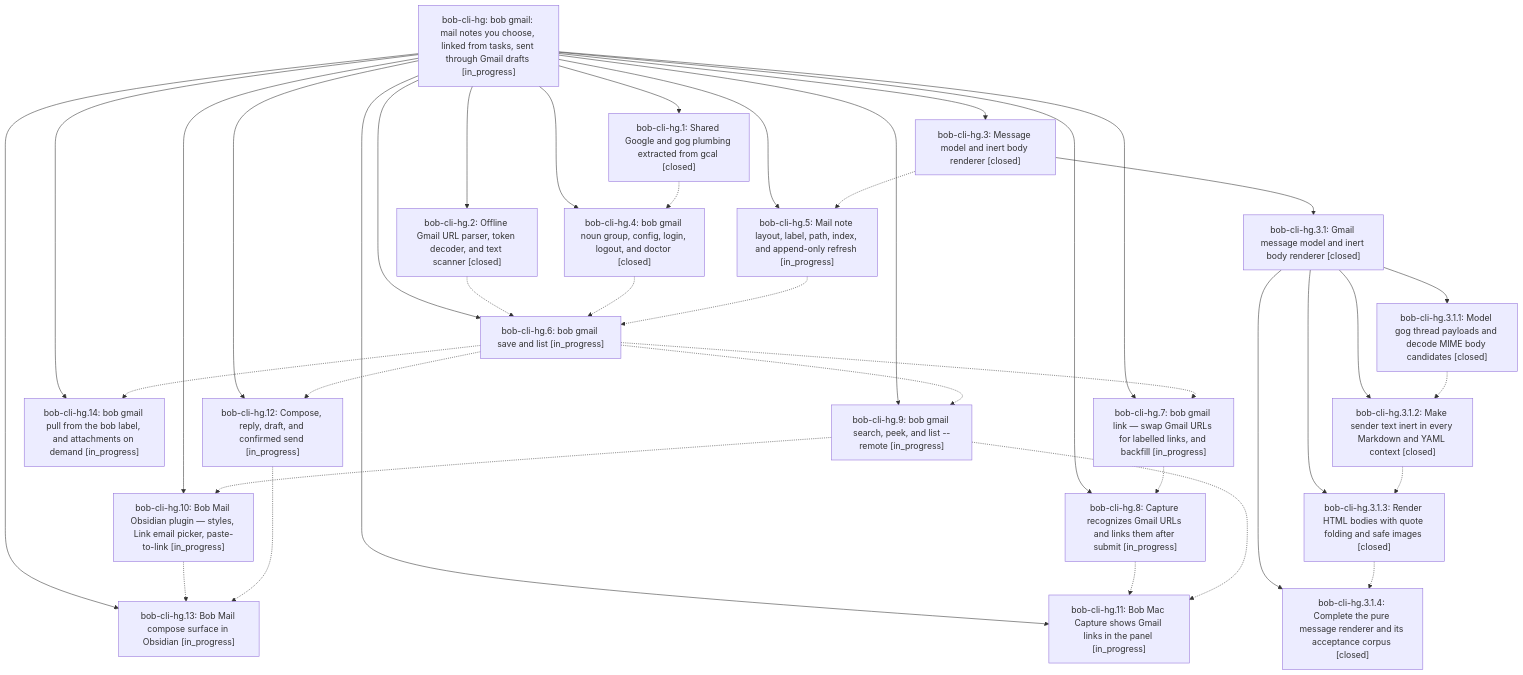
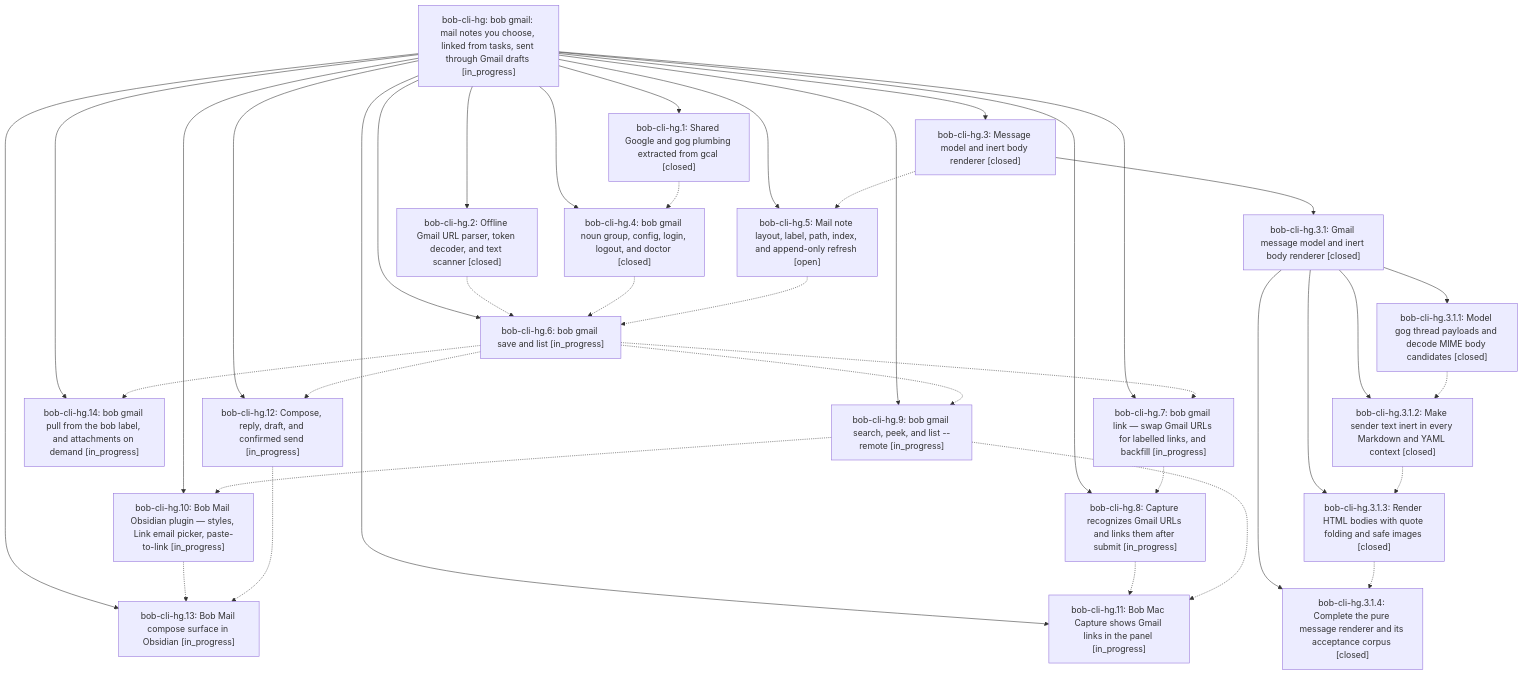
The diagram in pages/bob-cli-hg/README.md (bobs-org/bob-cli--beads), drawn with Mermaid before and after one commit. The commit also changed other lines of this file and 4 other files, not shown here.

First line of the commit message:
chore(beads): sync bead state and pages for bob-cli-hg

````diff
--- a/pages/bob-cli-hg/README.md
+++ b/pages/bob-cli-hg/README.md
@@ -55,60 +55,60 @@
 ```mermaid
 flowchart TD
     n0["bob-cli-hg: bob gmail: mail notes you choose, linked from tasks, sent through Gmail drafts [in_progress]"]
     n1["bob-cli-hg.1: Shared Google and gog plumbing extracted from gcal [closed]"]
     n2["bob-cli-hg.10: Bob Mail Obsidian plugin — styles, Link email picker, paste-to-link [in_progress]"]
     n3["bob-cli-hg.11: Bob Mac Capture shows Gmail links in the panel [in_progress]"]
     n4["bob-cli-hg.12: Compose, reply, draft, and confirmed send [in_progress]"]
     n5["bob-cli-hg.13: Bob Mail compose surface in Obsidian [in_progress]"]
     n6["bob-cli-hg.14: bob gmail pull from the bob label, and attachments on demand [in_progress]"]
     n7["bob-cli-hg.2: Offline Gmail URL parser, token decoder, and text scanner [closed]"]
     n8["bob-cli-hg.3: Message model and inert body renderer [closed]"]
     n9["bob-cli-hg.3.1: Gmail message model and inert body renderer [closed]"]
     n10["bob-cli-hg.3.1.1: Model gog thread payloads and decode MIME body candidates [closed]"]
     n11["bob-cli-hg.3.1.2: Make sender text inert in every Markdown and YAML context [closed]"]
     n12["bob-cli-hg.3.1.3: Render HTML bodies with quote folding and safe images [closed]"]
     n13["bob-cli-hg.3.1.4: Complete the pure message renderer and its acceptance corpus [closed]"]
     n14["bob-cli-hg.4: bob gmail noun group, config, login, logout, and doctor [closed]"]
-    n15["bob-cli-hg.5: Mail note layout, label, path, index, and append-only refresh [in_progress]"]
+    n15["bob-cli-hg.5: Mail note layout, label, path, index, and append-only refresh [open]"]
     n16["bob-cli-hg.6: bob gmail save and list [in_progress]"]
     n17["bob-cli-hg.7: bob gmail link — swap Gmail URLs for labelled links, and backfill [in_progress]"]
     n18["bob-cli-hg.8: Capture recognizes Gmail URLs and links them after submit [in_progress]"]
     n19["bob-cli-hg.9: bob gmail search, peek, and list --remote [in_progress]"]
     n0 --> n1
     n0 --> n2
     n0 --> n3
     n0 --> n4
     n0 --> n5
     n0 --> n6
     n0 --> n7
     n0 --> n8
     n8 --> n9
     n9 --> n10
     n9 --> n11
     n9 --> n12
     n9 --> n13
     n0 --> n14
     n0 --> n15
     n0 --> n16
     n0 --> n17
     n0 --> n18
     n0 --> n19
     n1 -.-> n14
     n2 -.-> n5
     n4 -.-> n5
     n7 -.-> n16
     n8 -.-> n15
     n10 -.-> n11
     n11 -.-> n12
     n12 -.-> n13
     n14 -.-> n16
     n15 -.-> n16
     n16 -.-> n4
     n16 -.-> n6
     n16 -.-> n17
     n16 -.-> n19
     n17 -.-> n18
     n18 -.-> n3
     n19 -.-> n2
     n19 -.-> n3
 ```
````
